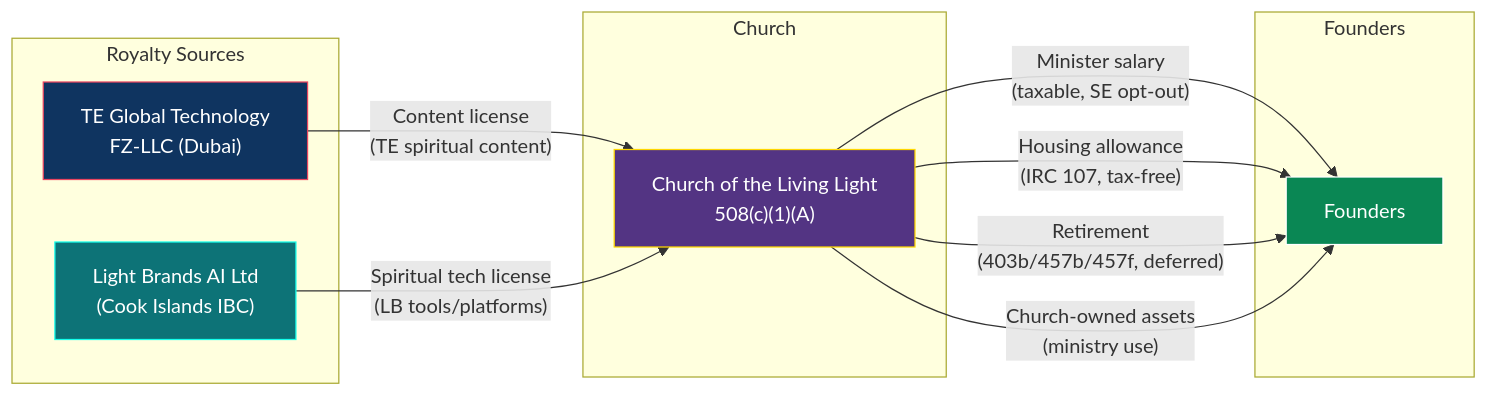
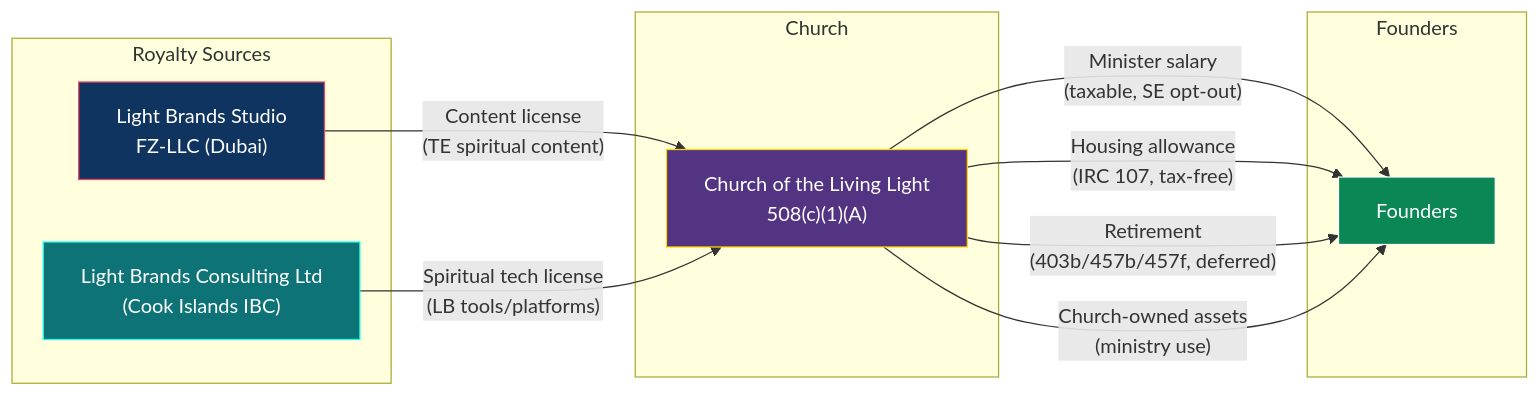
One commit to Light-Brands/epic-center changed the fourth of 5 diagrams in docs/tax-structure/07-ECOSYSTEM-ARCHITECTURE.md. Above: the diagram before and after it, drawn with Mermaid. The commit also changed other lines of this file and 7 other files, not shown here.

First line of the commit message:
Rename entities: Light Brands Studio (UAE) + Light Brands Consulting (CI IBC)

````diff
--- a/docs/tax-structure/07-ECOSYSTEM-ARCHITECTURE.md
+++ b/docs/tax-structure/07-ECOSYSTEM-ARCHITECTURE.md
@@ -147,27 +147,27 @@
 ```mermaid
 graph LR
     subgraph "Royalty Sources"
-        UAE3["TE Global Technology<br/>FZ-LLC (Dubai)"]
-        CI2["Light Brands AI Ltd<br/>(Cook Islands IBC)"]
+        UAE3["Light Brands Studio<br/>FZ-LLC (Dubai)"]
+        CI2["Light Brands Consulting Ltd<br/>(Cook Islands IBC)"]
     end
 
     subgraph "Church"
         CHURCH3["Church of the Living Light<br/>508(c)(1)(A)"]
     end
 
     subgraph "Founders"
         F2["Founders"]
     end
 
     UAE3 -->|"Content license<br/>(TE spiritual content)"| CHURCH3
     CI2 -->|"Spiritual tech license<br/>(LB tools/platforms)"| CHURCH3
     CHURCH3 -->|"Minister salary<br/>(taxable, SE opt-out)"| F2
     CHURCH3 -->|"Housing allowance<br/>(IRC 107, tax-free)"| F2
     CHURCH3 -->|"Retirement<br/>(403b/457b/457f, deferred)"| F2
     CHURCH3 -->|"Church-owned assets<br/>(ministry use)"| F2
 
     style UAE3 fill:#0f3460,stroke:#e94560,color:#fff
     style CI2 fill:#0d7377,stroke:#14ffec,color:#fff
     style CHURCH3 fill:#533483,stroke:#ffd700,color:#fff
     style F2 fill:#0a8754,stroke:#fff,color:#fff
 ```
````
